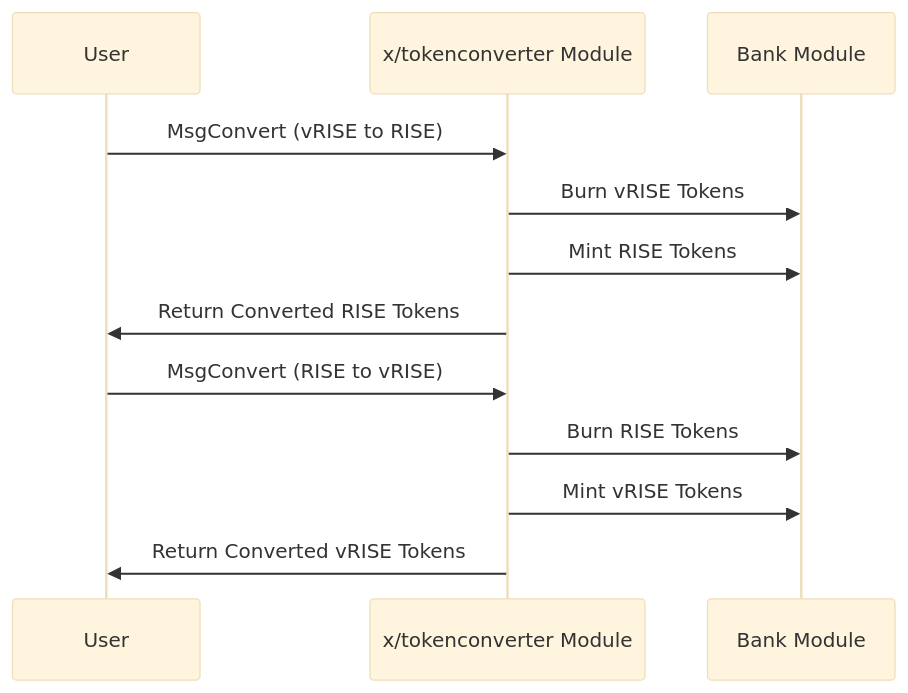
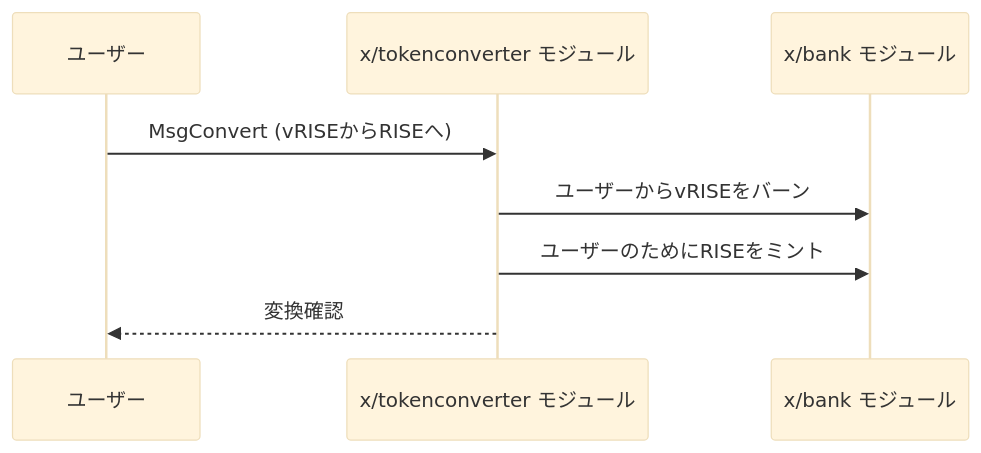
Before and after one commit to sunriselayer/gitbook: the diagram in ja/learn/sunrise/token-converter.md, drawn with Mermaid (base theme). The commit also changed other lines of this file and 106 other files, not shown here.

````diff
--- a/ja/learn/sunrise/token-converter.md
+++ b/ja/learn/sunrise/token-converter.md
@@ -57,16 +26,11 @@
 ```mermaid
 sequenceDiagram
-    participant User
-    participant TokenConverter as x/tokenconverter Module
-    participant BankKeeper as Bank Module
+    participant User as ユーザー
+    participant TokenConverterModule as x/tokenconverter モジュール
+    participant BankModule as x/bank モジュール
 
-    User->>TokenConverter: MsgConvert (vRISE to RISE)
-    TokenConverter->>BankKeeper: Burn vRISE Tokens
-    TokenConverter->>BankKeeper: Mint RISE Tokens
-    TokenConverter->>User: Return Converted RISE Tokens
-
-    User->>TokenConverter: MsgConvert (RISE to vRISE)
-    TokenConverter->>BankKeeper: Burn RISE Tokens
-    TokenConverter->>BankKeeper: Mint vRISE Tokens
-    TokenConverter->>User: Return Converted vRISE Tokens
+    User->>TokenConverterModule: MsgConvert (vRISEからRISEへ)
+    TokenConverterModule->>BankModule: ユーザーからvRISEをバーン
+    TokenConverterModule->>BankModule: ユーザーのためにRISEをミント
+    TokenConverterModule-->>User: 変換確認
 ```
````
